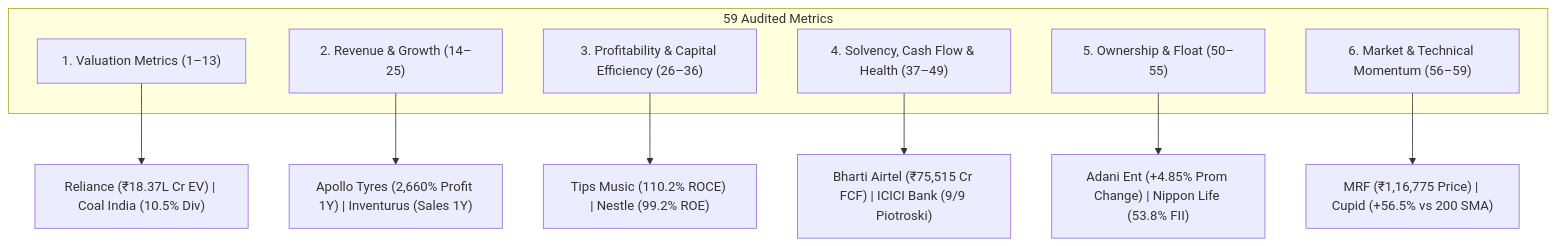
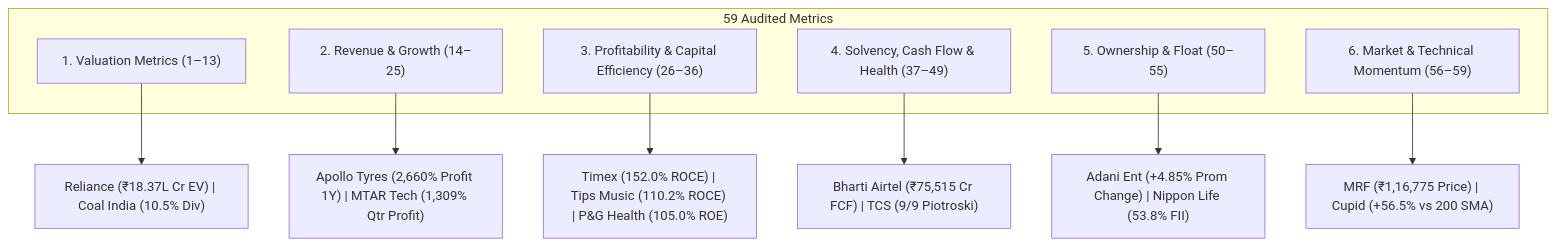
Before and after one commit to mediaworksrdx-cell/MI007-Web: the diagram in docs/TOP_3_COMPANIES_ALL_59_METRICS.md, drawn with Mermaid. The commit also changed other lines of this file and 7 other files, not shown here.

Commit message:
fix(screener): eliminate synthetic CAGR multipliers, fix SPARC negative ROE, exclude BFSI from Piotroski/NPM, and enforce promoter holding > 0 pledge guard

````diff
--- a/docs/TOP_3_COMPANIES_ALL_59_METRICS.md
+++ b/docs/TOP_3_COMPANIES_ALL_59_METRICS.md
@@ -11,17 +11,17 @@
 ```mermaid
 flowchart TD
     subgraph "59 Audited Metrics"
         V["1. Valuation Metrics (1–13)"]
         G["2. Revenue & Growth (14–25)"]
         P["3. Profitability & Capital Efficiency (26–36)"]
         H["4. Solvency, Cash Flow & Health (37–49)"]
         O["5. Ownership & Float (50–55)"]
         M["6. Market & Technical Momentum (56–59)"]
     end
     V --> TopVal["Reliance (₹18.37L Cr EV) | Coal India (10.5% Div)"]
-    G --> TopGro["Apollo Tyres (2,660% Profit 1Y) | Inventurus (Sales 1Y)"]
-    P --> TopPro["Tips Music (110.2% ROCE) | Nestle (99.2% ROE)"]
-    H --> TopSol["Bharti Airtel (₹75,515 Cr FCF) | ICICI Bank (9/9 Piotroski)"]
+    G --> TopGro["Apollo Tyres (2,660% Profit 1Y) | MTAR Tech (1,309% Qtr Profit)"]
+    P --> TopPro["Timex (152.0% ROCE) | Tips Music (110.2% ROCE) | P&G Health (105.0% ROE)"]
+    H --> TopSol["Bharti Airtel (₹75,515 Cr FCF) | TCS (9/9 Piotroski)"]
     O --> TopOwn["Adani Ent (+4.85% Prom Change) | Nippon Life (53.8% FII)"]
     M --> TopMkt["MRF (₹1,16,775 Price) | Cupid (+56.5% vs 200 SMA)"]
 ```
````
